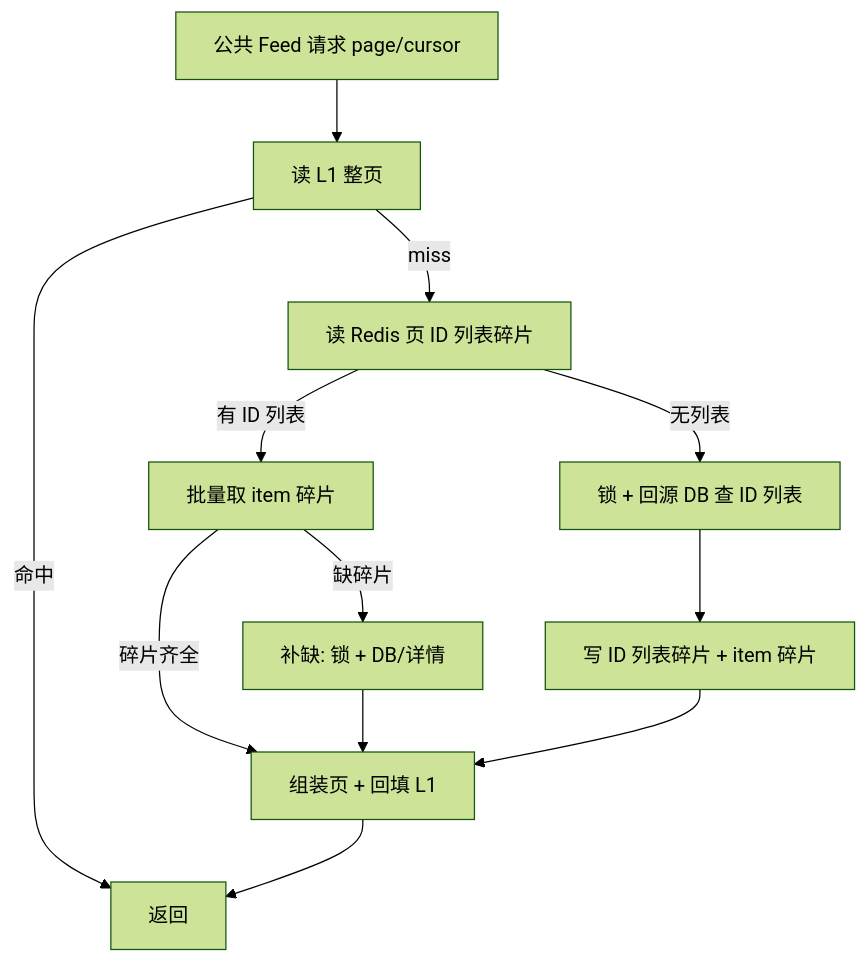
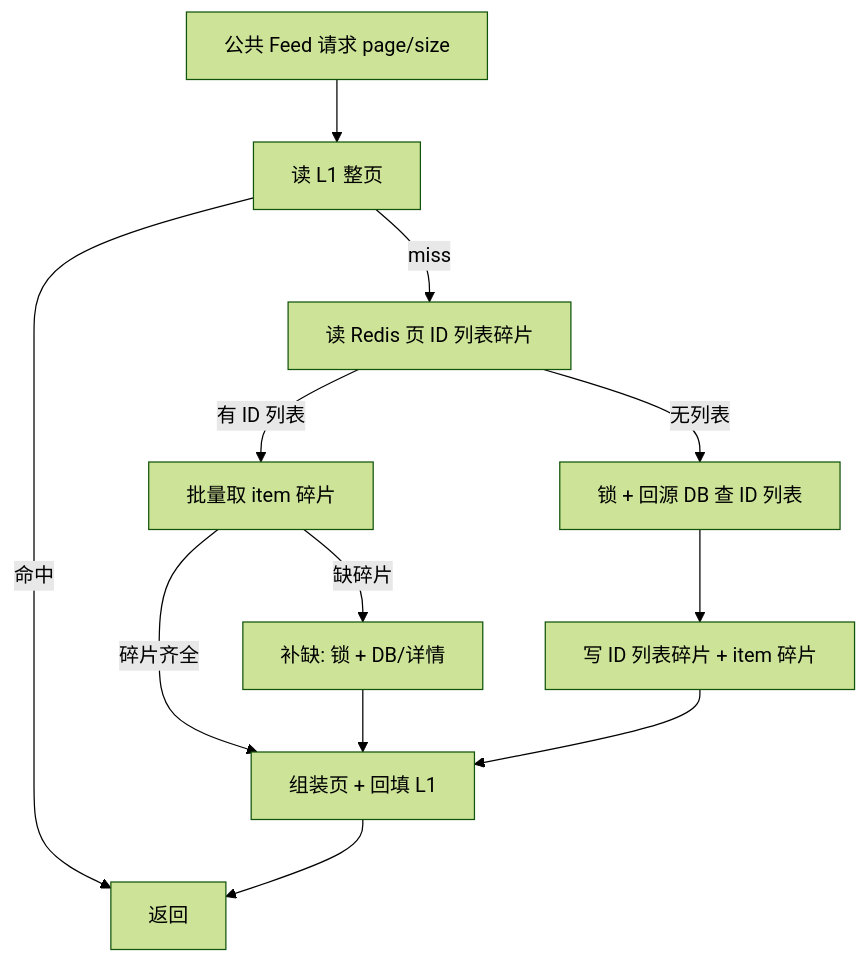
Before and after one commit to bitladykiller/zhiguang_go: the fifth of 16 diagrams in docs/modules/04-知文内容缓存与Feed模块.md, drawn with Mermaid (forest theme). The commit also changed other lines of this file and 11 other files, not shown here.

Commit message:
docs: 架构文档增强与纵向流程图

````diff
--- a/docs/modules/04-知文内容缓存与Feed模块.md
+++ b/docs/modules/04-知文内容缓存与Feed模块.md
@@ -272,14 +308,14 @@
 ```mermaid
 flowchart TD
-    A[公共 Feed 请求 page/cursor] --> B[读 L1 整页]
+    A[公共 Feed 请求 page/size] --> B[读 L1 整页]
     B -->|命中| Z[返回]
     B -->|miss| C[读 Redis 页 ID 列表碎片]
     C -->|有 ID 列表| D[批量取 item 碎片]
     D -->|碎片齐全| E[组装页 + 回填 L1]
     D -->|缺碎片| F[补缺: 锁 + DB/详情]
     C -->|无列表| G[锁 + 回源 DB 查 ID 列表]
     G --> H[写 ID 列表碎片 + item 碎片]
     F --> E
     H --> E
     E --> Z
 ```
````
